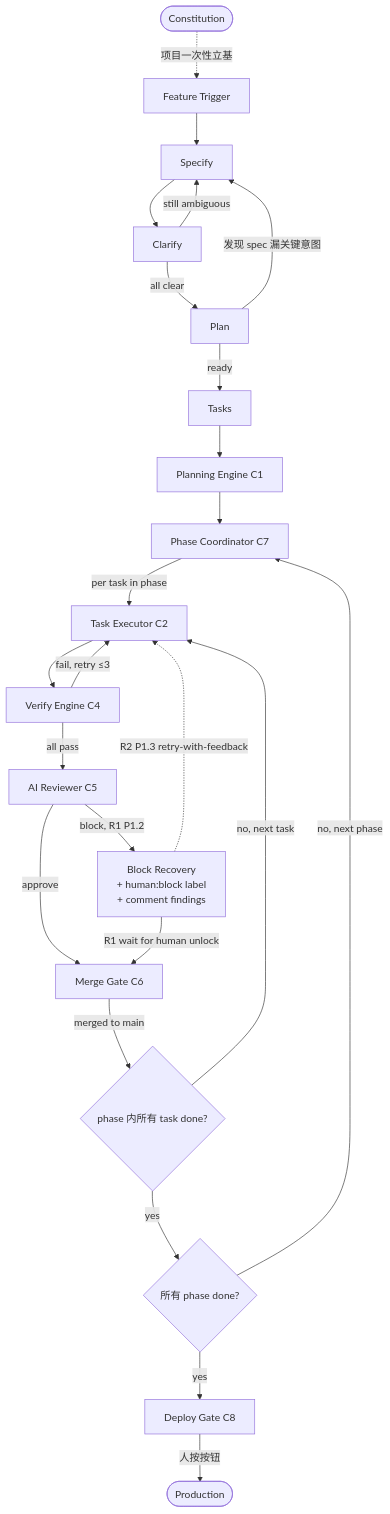
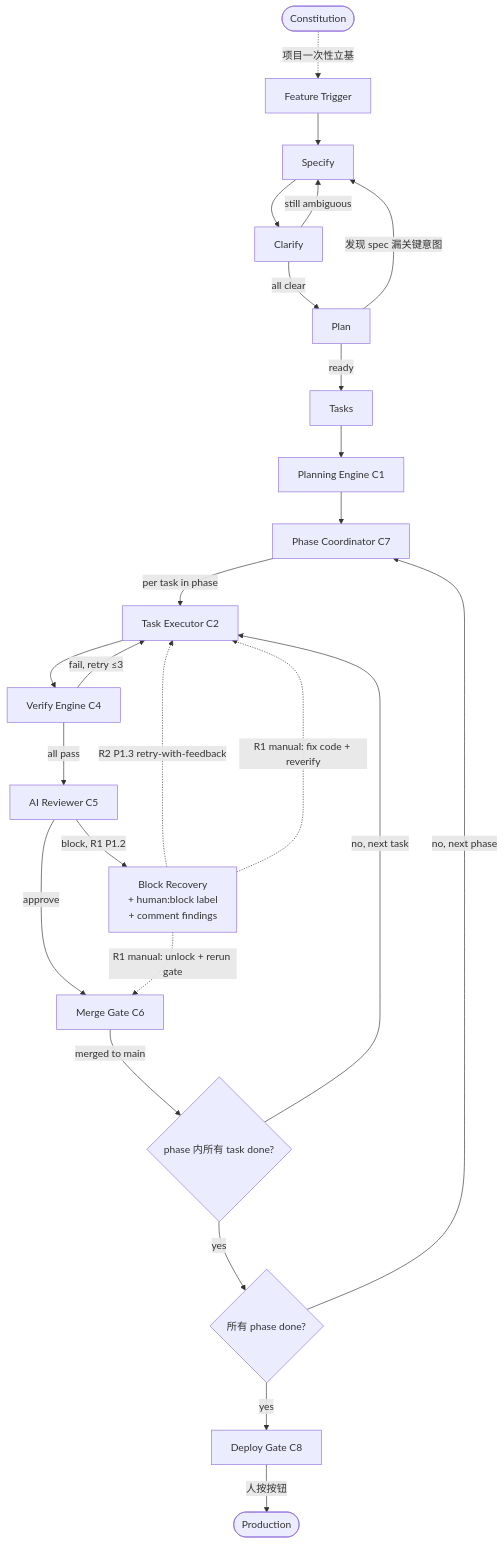
Before and after one commit to chinaszzt/suiyin-v4: the second of 5 diagrams in docs/sdd/workflows.md, drawn with Mermaid. The commit also changed 1 other file, not shown here.

Commit message:
fix(c6): C5 round-2 quality fixes — schema null + mermaid R1 edge ambiguity
C5 review round 2 verdict=approve, 3 low findings (none in BLOCK_SET):
1. Insight D 已在 todo sinks (待 C8 spec 阶段触发 promote)
2. **complexity, low**: §2.2 Output reason/recovery_action enum 含 null 与
   "held 时必填" 描述自相矛盾 → 改用 `nullable: true` + 描述明确 "merged 时
   omitted"，enum 不含 null
3. **complexity, low**: workflows.md §二 mermaid `BR --> L` 边把 R1 两种
   manual 路径混合 → 拆为 2 条 dotted: "fix code + reverify → I" 和
   "unlock + rerun gate → L"，贴近 R1 实际语义

review report: .suiyin/reviews/2bbb7605-ad63-419b-a51e-dde30a79107b/latest.json

````diff
--- a/docs/sdd/workflows.md
+++ b/docs/sdd/workflows.md
@@ -36,26 +36,27 @@
 ```mermaid
 flowchart TD
     A([Constitution]) -.->|项目一次性立基| B
     B[Feature Trigger] --> C[Specify]
     C --> D[Clarify]
     D -->|still ambiguous| C
     D -->|all clear| E[Plan]
     E -->|发现 spec 漏关键意图| C
     E -->|ready| F[Tasks]
     F --> G[Planning Engine C1]
     G --> H[Phase Coordinator C7]
     H -->|per task in phase| I[Task Executor C2]
     I --> J[Verify Engine C4]
     J -->|fail, retry ≤3| I
     J -->|all pass| K[AI Reviewer C5]
     K -->|approve| L[Merge Gate C6]
     K -->|block, R1 P1.2| BR[Block Recovery<br/>+ human:block label<br/>+ comment findings]
     BR -.->|R2 P1.3 retry-with-feedback| I
-    BR -->|R1 wait for human unlock| L
+    BR -.->|R1 manual: fix code + reverify| I
+    BR -.->|R1 manual: unlock + rerun gate| L
     L -->|merged to main| M{phase 内所有 task done?}
     M -->|no, next task| I
     M -->|yes| N{所有 phase done?}
     N -->|no, next phase| H
     N -->|yes| O[Deploy Gate C8]
     O -->|人按按钮| P([Production])
 ```
````
